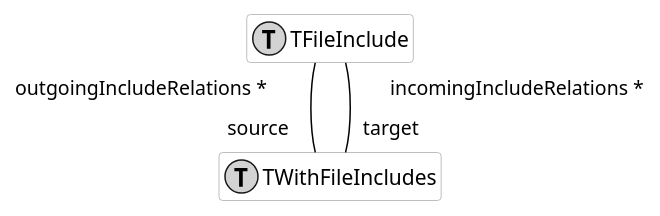
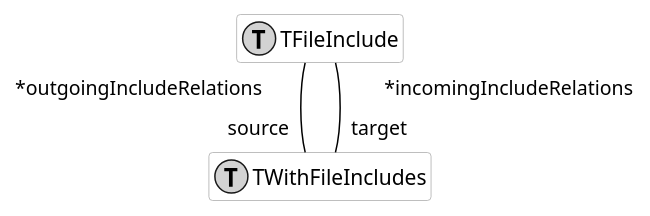
The diagram in Developers/Diagrams/fileInclude.puml (moosetechnology/moose-wiki), drawn with PlantUML before and after one commit. The commit also changed 17 other files, not shown here.

Commit message:
updated uml diagrams

```diff
--- a/Developers/Diagrams/fileInclude.puml
+++ b/Developers/Diagrams/fileInclude.puml
@@ -1,20 +1,20 @@
 @startuml
 hide empty members
 
 skinparam class {
   BackgroundColor white
   ArrowColor black
   BorderColor darkGray
 }
 
-class behavior1 as "TFileInclude" << (T,lightGrey) >> {
+class TFileInclude << (T,lightGrey) >> {
 }
-
-class behavior2 as "TWithFileIncludes" << (T,lightGrey) >> {
+class TWithFileIncludes << (T,lightGrey) >> {
 }
 
 
-behavior1 "outgoingIncludeRelations * " -[#black]- "source  " behavior2
-behavior1 "incomingIncludeRelations * " -[#black]- "target  " behavior2
+TFileInclude " *outgoingIncludeRelations" -- "source" TWithFileIncludes
+TFileInclude " *incomingIncludeRelations" -- "target" TWithFileIncludes
+
 
 @enduml
```
